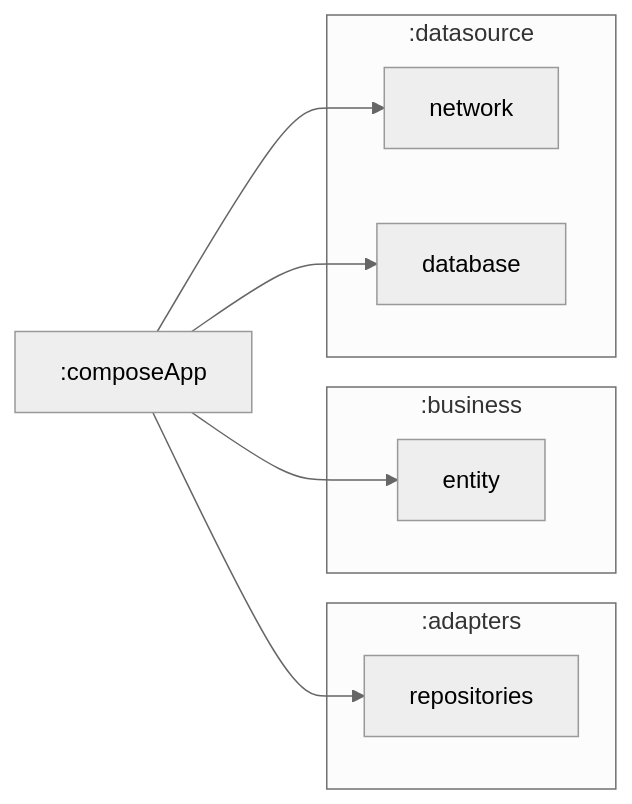
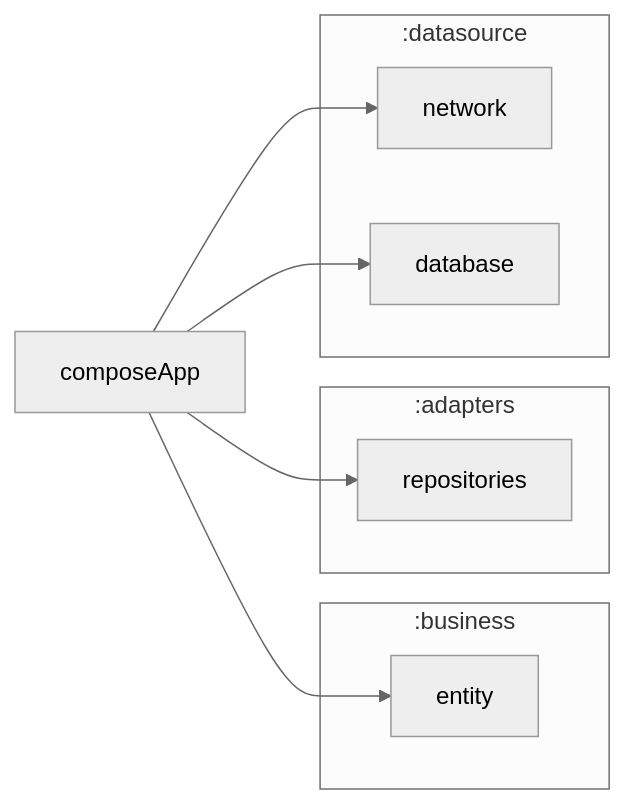
The diagram in MERMAID.md (enirsilvaferraz/Pokedex), drawn with Mermaid before and after one commit. The commit also changed other lines of this file, not shown here.

Commit message:
Docs: Update MERMAID module graph
This commit updates the MERMAID diagram in `MERMAID.md` to reflect the current module dependencies.

Key changes:
- Renamed the graph title from "Module Graph" to "Module Graph - Compose".
- Rearranged the subgraphs for better visual flow, placing `:composeApp` at the top level and grouping `:business`, `:adapters`, and `:datasource` below it.
- Ensured `:composeApp` correctly points to its dependencies: `:business:entity`, `:adapters:repositories`, and `:datasource:network`.

````diff
--- a/MERMAID.md
+++ b/MERMAID.md
@@ -3,23 +3,25 @@
 ```mermaid
 %%{
   init: {
     'theme': 'neutral'
   }
 }%%
 
 graph LR
+  :composeApp["composeApp"]
+  subgraph :business
+    :business:entity["entity"]
+  end
   subgraph :adapters
     :adapters:repositories["repositories"]
-  end
-  subgraph :business
-    :business:entity["entity"]
   end
   subgraph :datasource
     :datasource:network["network"]
     :datasource:database["database"]
   end
+
   :composeApp --> :business:entity
   :composeApp --> :adapters:repositories
   :composeApp --> :datasource:network
   :composeApp --> :datasource:database
 ```
````
